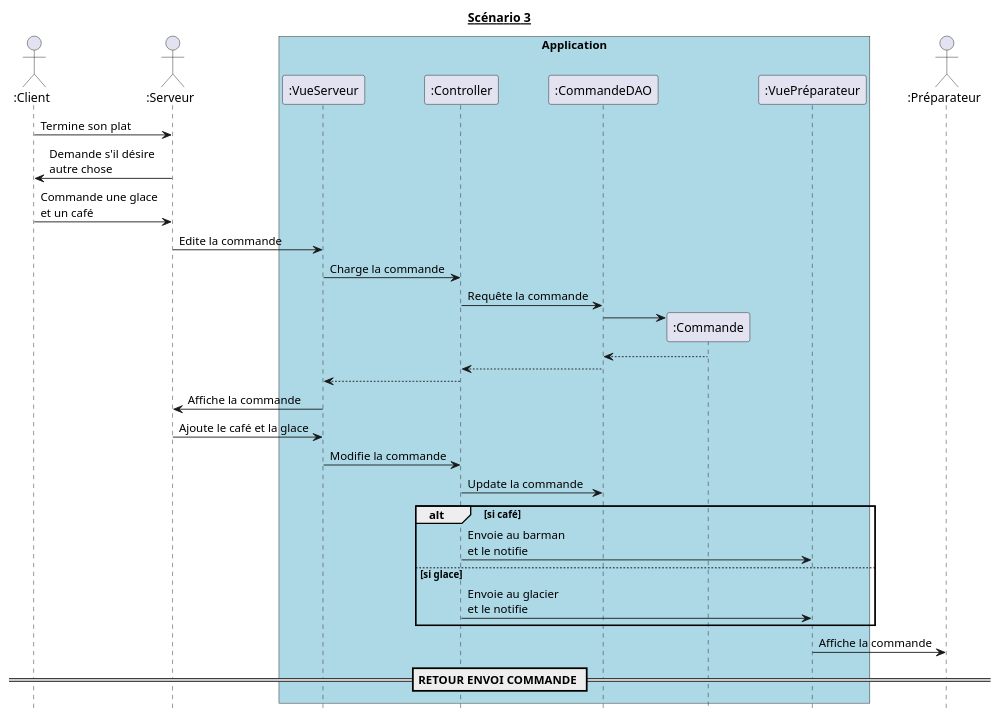
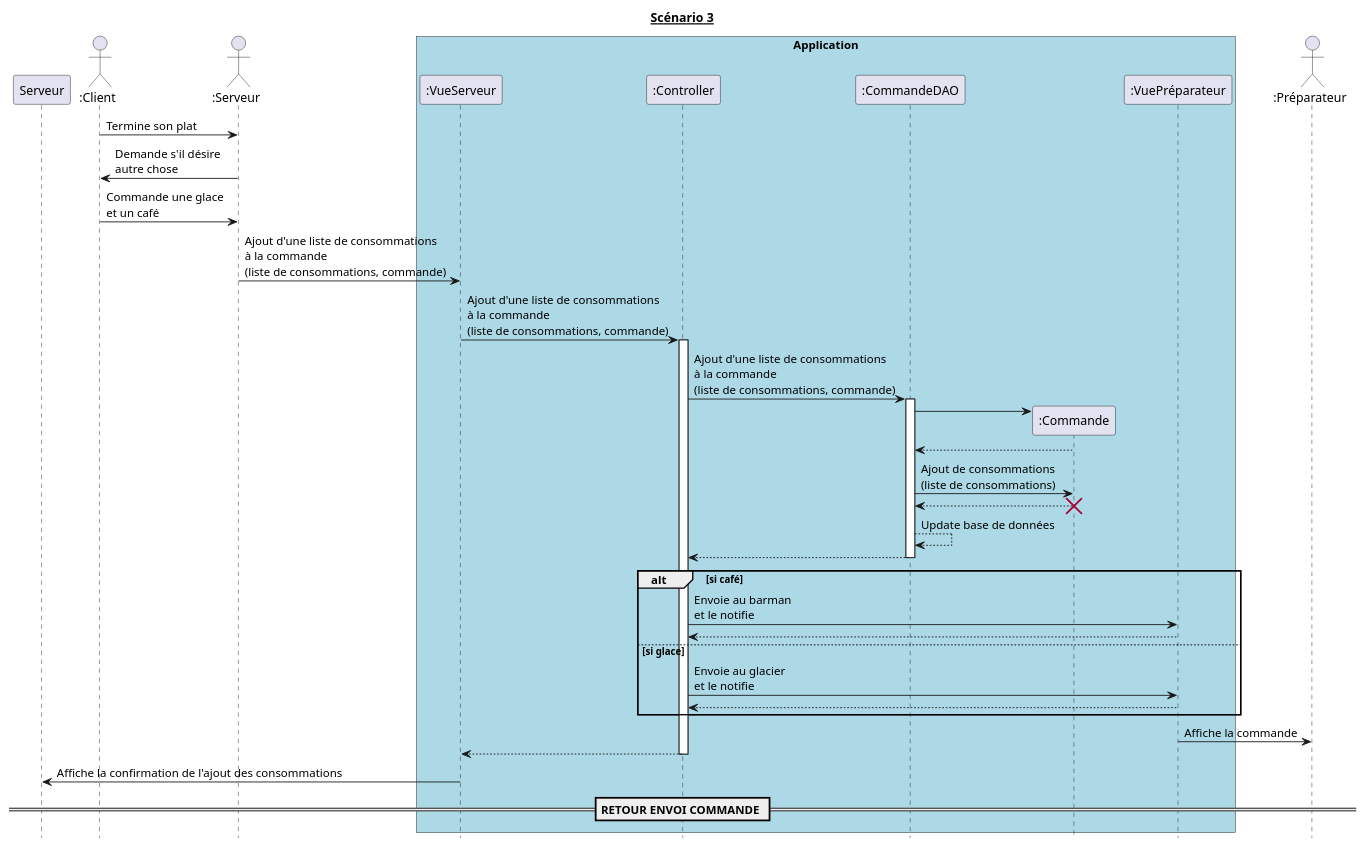
The diagram in diagrammes_sequences_detailles/dss3.md (hulskenA/GL-Les_seigneurs_du_resto), drawn with PlantUML before and after one commit. The commit also changed 7 other files, not shown here.

````diff
--- a/diagrammes_sequences_detailles/dss3.md
+++ b/diagrammes_sequences_detailles/dss3.md
@@ -1,49 +1,59 @@
 ```puml
 @startuml
 hide footbox
 title __Scénario 3__
 
 
 actor ":Client" as client order 10
 actor ":Serveur" as serveur order 20
 actor ":Préparateur" as preparateur order 80
 
 box "Application" #Lightblue
     participant ":VueServeur" as VueServeur order 30
     participant ":Controller" as Controller order 40
     participant ":CommandeDAO" as CommandeDAO order 50
     participant ":Commande" as Commande order 60
     participant ":VuePréparateur" as VuePréparateur order 70
 endbox
 
 client -> serveur : Termine son plat
 client <- serveur : Demande s'il désire\nautre chose
 client -> serveur : Commande une glace\net un café
 
-serveur -> VueServeur : Edite la commande
-VueServeur -> Controller : Charge la commande
-Controller -> CommandeDAO : Requête la commande
-create Commande
-CommandeDAO -> Commande
+serveur -> VueServeur : Ajout d'une liste de consommations \nà la commande\n(liste de consommations, commande)
+VueServeur -> Controller : Ajout d'une liste de consommations \nà la commande\n(liste de consommations, commande)
+activate Controller
+Controller -> CommandeDAO : Ajout d'une liste de consommations \nà la commande\n(liste de consommations, commande)
 
-CommandeDAO <-- Commande
+activate CommandeDAO
+  create Commande
+    CommandeDAO -> Commande
+    CommandeDAO <-- Commande
+    CommandeDAO -> Commande : Ajout de consommations\n(liste de consommations)
+    Commande --> CommandeDAO
+  destroy Commande
+CommandeDAO --> CommandeDAO :  Update base de données
 Controller <-- CommandeDAO
-VueServeur <-- Controller
-serveur <- VueServeur : Affiche la commande
+deactivate CommandeDAO
 
-serveur -> VueServeur : Ajoute le café et la glace
-VueServeur -> Controller : Modifie la commande
-Controller -> CommandeDAO : Update la commande
 
 alt si café
     Controller -> VuePréparateur : Envoie au barman\net le notifie
+    VuePréparateur --> Controller
 else si glace
     Controller -> VuePréparateur : Envoie au glacier\net le notifie
+    VuePréparateur --> Controller
 end
 
+
 VuePréparateur -> preparateur : Affiche la commande
+
+Controller --> VueServeur
+deactivate Controller
+
+VueServeur -> Serveur : Affiche la confirmation de l'ajout des consommations
 
 == RETOUR ENVOI COMMANDE ==
 
 @enduml
 ```
````
